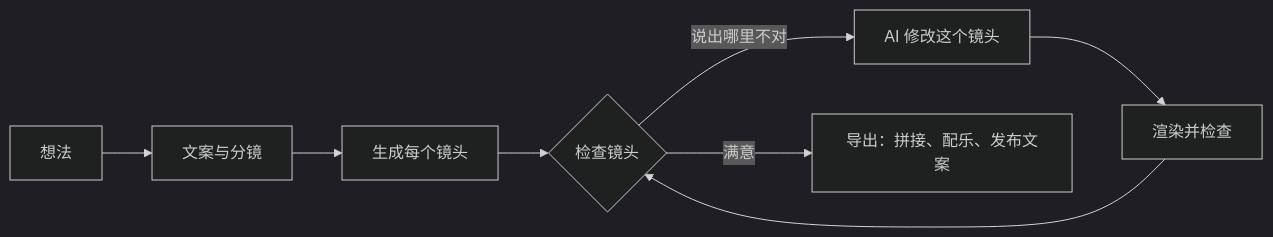
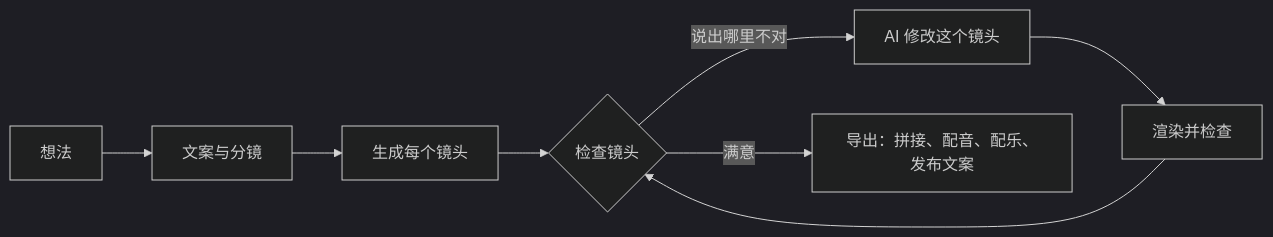
Before and after one commit to chihyungchang/Shotloop: the diagram in README.zh-CN.md, drawn with Mermaid (dark theme). The commit also changed other lines of this file and 161 other files, not shown here.

````diff
--- a/README.zh-CN.md
+++ b/README.zh-CN.md
@@ -109,8 +109,8 @@
 ```mermaid
 flowchart LR
   A[想法] --> B[文案与分镜]
   B --> C[生成每个镜头]
   C --> D{检查镜头}
   D -- "说出哪里不对" --> E[AI 修改这个镜头] --> F[渲染并检查] --> D
-  D -- 满意 --> G[导出：拼接、配乐、发布文案]
+  D -- 满意 --> G[导出：拼接、配音、配乐、发布文案]
 ```
````
